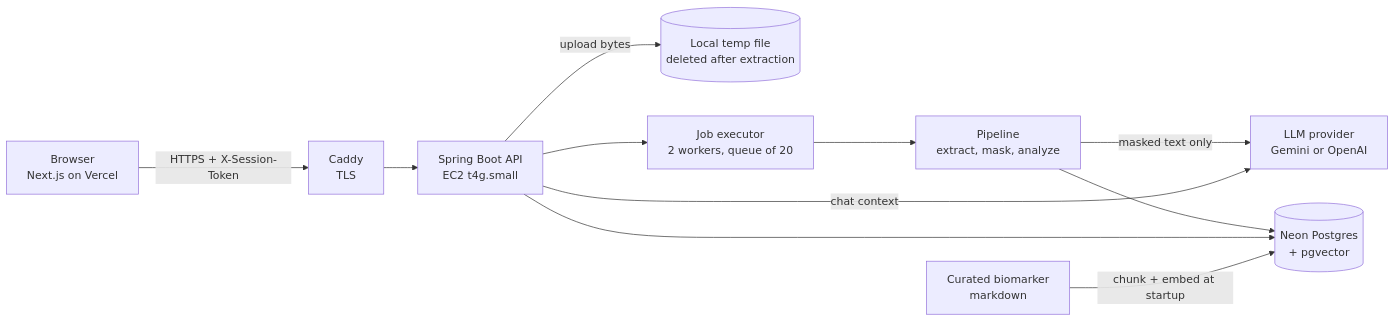
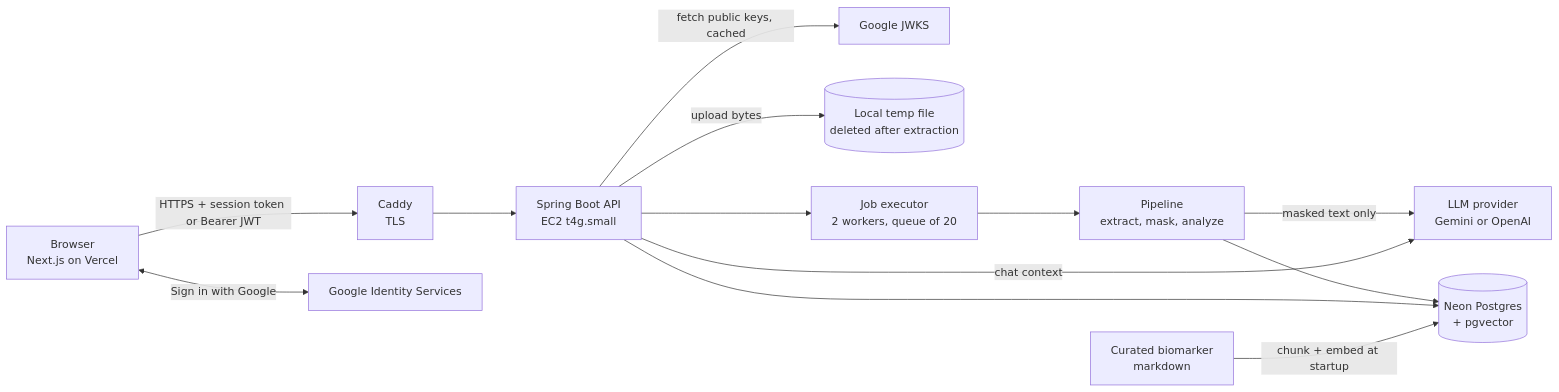
The first of 20 diagrams in docs/medi-scan-dataflow.md (SaqibCod/medi-scan), drawn with Mermaid before and after one commit. The commit also changed other lines of this file and 4 other files, not shown here.

````diff
--- a/docs/medi-scan-dataflow.md
+++ b/docs/medi-scan-dataflow.md
@@ -16,13 +19,15 @@
 ```mermaid
 flowchart LR
-    U["Browser<br/>Next.js on Vercel"] -->|"HTTPS + X-Session-Token"| C["Caddy<br/>TLS"]
+    U["Browser<br/>Next.js on Vercel"] -->|"HTTPS + session token or Bearer JWT"| C["Caddy<br/>TLS"]
+    U <-->|"Sign in with Google"| G["Google Identity Services"]
     C --> API["Spring Boot API<br/>EC2 t4g.small"]
+    API -->|"fetch public keys, cached"| GK["Google JWKS"]
     API -->|"upload bytes"| TMP[("Local temp file<br/>deleted after extraction")]
     API --> Q["Job executor<br/>2 workers, queue of 20"]
     Q --> P["Pipeline<br/>extract, mask, analyze"]
     P -->|"masked text only"| LLM["LLM provider<br/>Gemini or OpenAI"]
     P --> DB[("Neon Postgres<br/>+ pgvector")]
     API -->|"chat context"| LLM
     API --> DB
     MD["Curated biomarker<br/>markdown"] -->|"chunk + embed at startup"| DB
 ```
````
